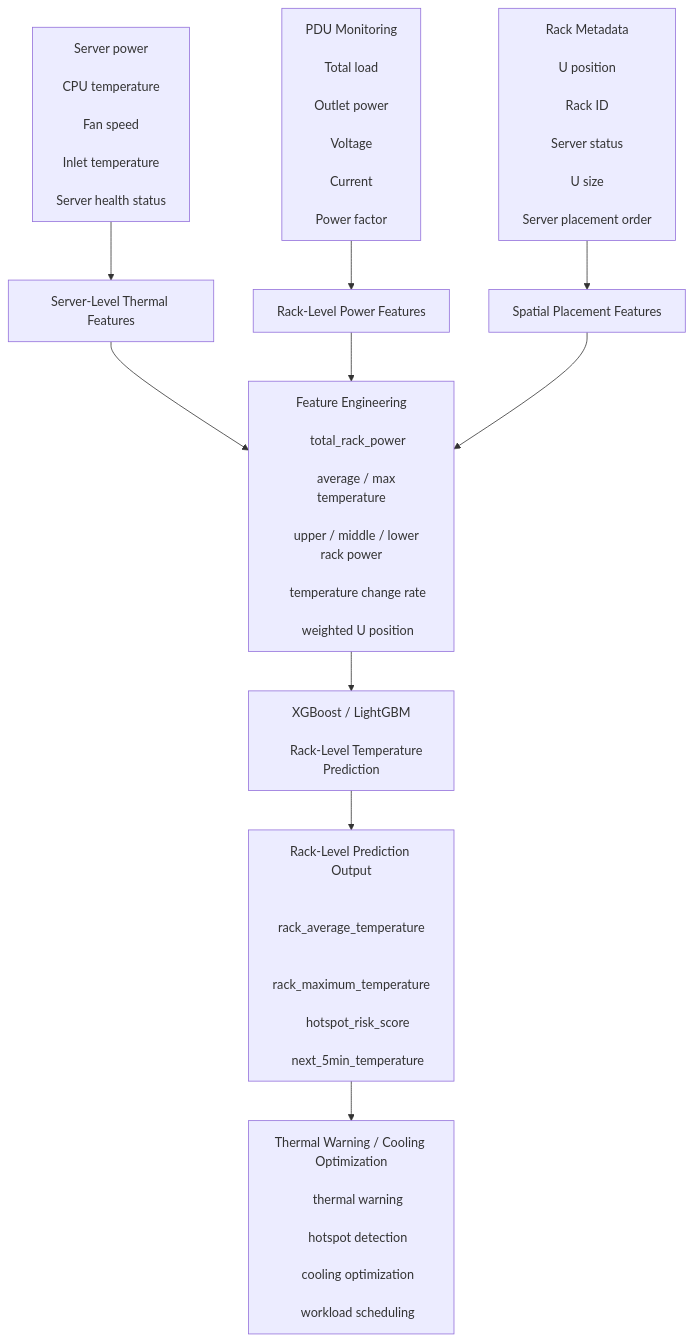
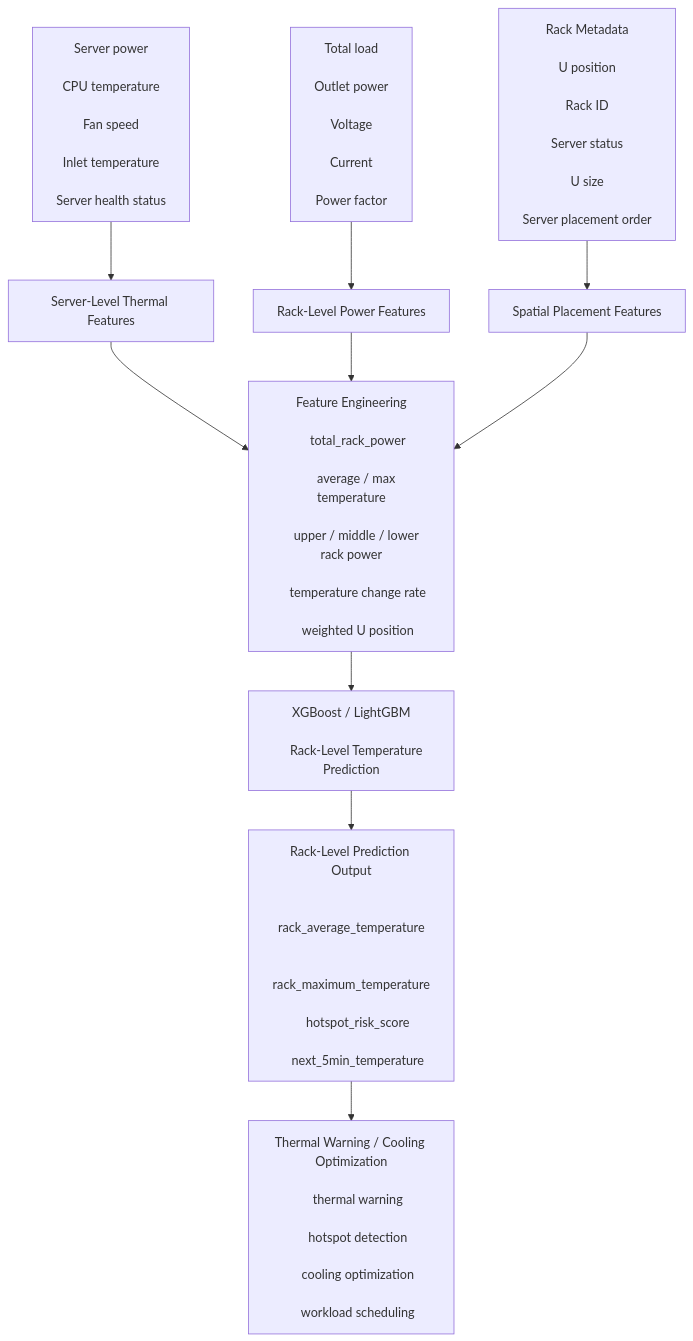
The diagram in [0519]report/0526~0528_study_note.md (yihsunnnn/MWN-2026-M11502273-Chynna), drawn with Mermaid before and after one commit.

````diff
--- a/[0519]report/0526~0528_study_note.md
+++ b/[0519]report/0526~0528_study_note.md
@@ -61,60 +61,59 @@
 ```mermaid
 flowchart TB
     A["Server power<br/>
     CPU temperature<br/>
     Fan speed<br/>
     Inlet temperature<br/>
     Server health status"]
 
-    B["PDU Monitoring<br/>
-    Total load<br/>
+    B["Total load<br/>
     Outlet power<br/>
     Voltage<br/>
     Current<br/>
     Power factor"]
 
     C["Rack Metadata<br/>
     U position<br/>
     Rack ID<br/>
     Server status<br/>
     U size<br/>
     Server placement order"]
 
     D["Server-Level Thermal Features"]
     E["Rack-Level Power Features"]
     F["Spatial Placement Features"]
 
     G["Feature Engineering<br/>
     total_rack_power<br/>
     average / max temperature<br/>
     upper / middle / lower rack power<br/>
     temperature change rate<br/>
     weighted U position"]
 
     H["XGBoost / LightGBM<br/>
     Rack-Level Temperature Prediction"]
 
     I["Rack-Level Prediction Output<br/>
     rack_average_temperature<br/>
     rack_maximum_temperature<br/>
     hotspot_risk_score<br/>
     next_5min_temperature"]
 
     J["Thermal Warning / Cooling Optimization<br/>
     thermal warning<br/>
     hotspot detection<br/>
     cooling optimization<br/>
     workload scheduling"]
 
     A --> D
     B --> E
     C --> F
 
     D --> G
     E --> G
     F --> G
 
     G --> H
     H --> I
     I --> J
 ```
````
